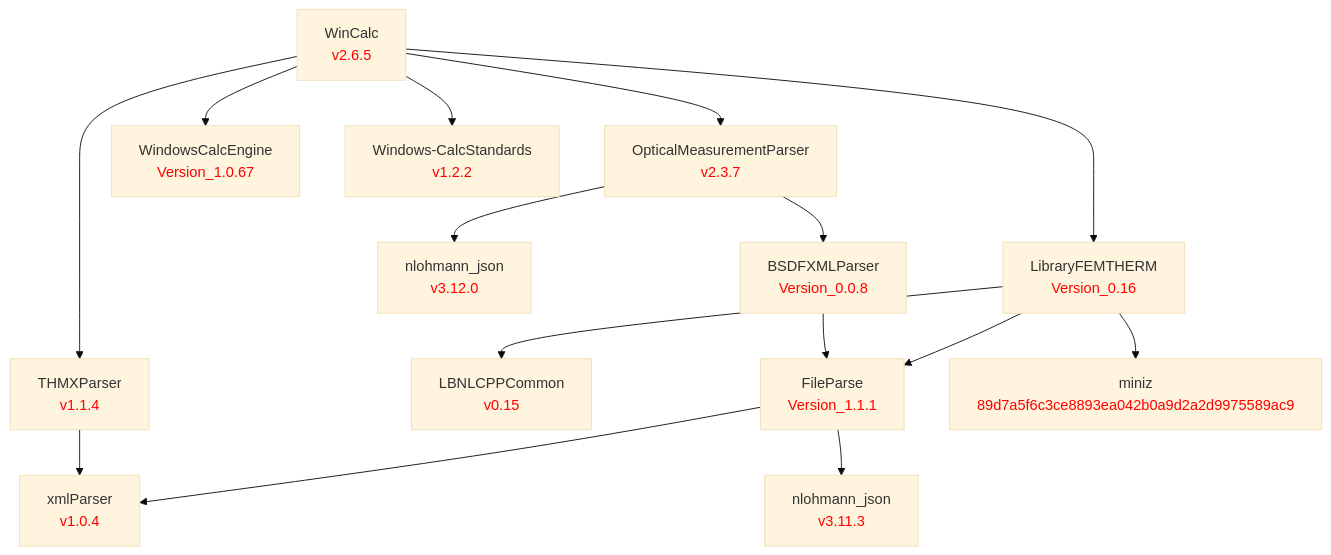
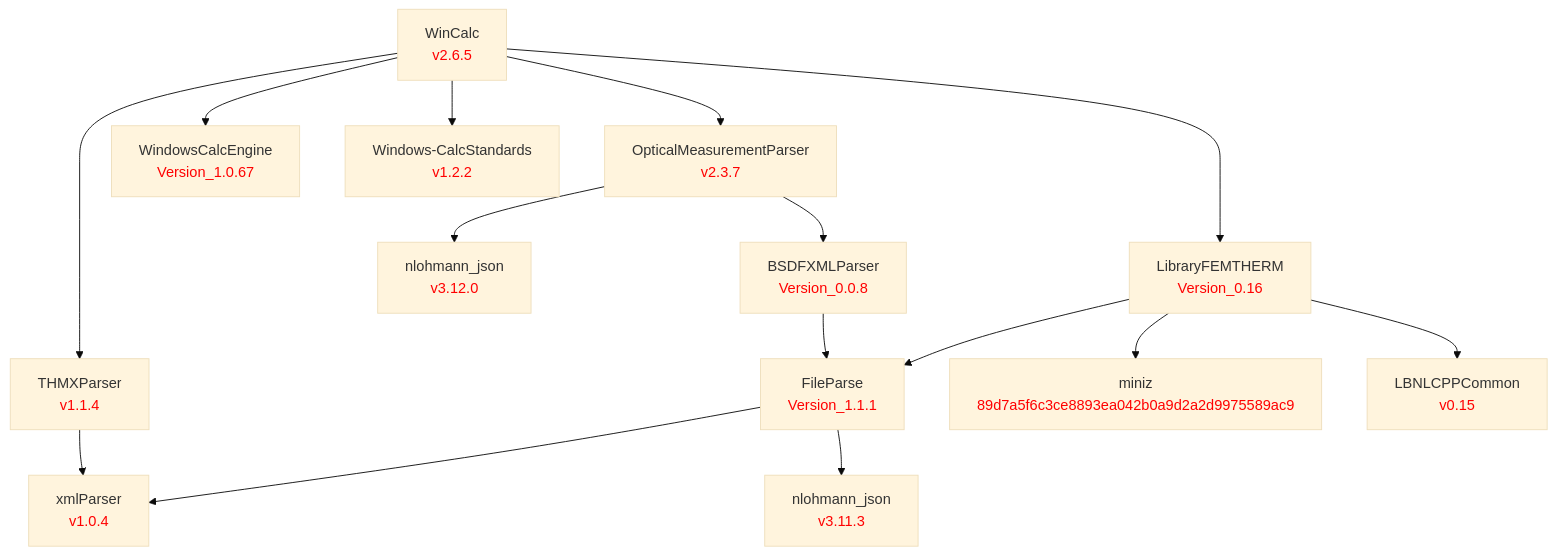
The diagram in doc/WinCalc.md (LBNL-ETA/WinCalc), drawn with Mermaid (base theme) before and after one commit. The commit also changed other lines of this file, not shown here.

Commit message:
Move LBNLCPPCommon to right side of dependency chart

````diff
--- a/doc/WinCalc.md
+++ b/doc/WinCalc.md
@@ -1,49 +1,49 @@
 ```mermaid
 graph TD
     %% Level 0
     WinCalc[WinCalc<br/><font color='red'>v2.6.5</font>]
 
     %% Level 1 - direct dependencies
     OpticalMeasurementParser[OpticalMeasurementParser<br/><font color='red'>v2.3.7</font>]
     THMXParser[THMXParser<br/><font color='red'>v1.1.4</font>]
     WindowsCalcEngine[WindowsCalcEngine<br/><font color='red'>Version_1.0.67</font>]
     Windows-CalcStandards[Windows-CalcStandards<br/><font color='red'>v1.2.2</font>]
     LibraryFEMTHERM[LibraryFEMTHERM<br/><font color='red'>Version_0.16</font>]
 
     %% Level 2
     nlohmann_omp[nlohmann_json<br/><font color='red'>v3.12.0</font>]
     BSDFXMLParser[BSDFXMLParser<br/><font color='red'>Version_0.0.8</font>]
-    LBNLCPPCommon[LBNLCPPCommon<br/><font color='red'>v0.15</font>]
     FileParse[FileParse<br/><font color='red'>Version_1.1.1</font>]
     miniz[miniz<br/><font color='red'>89d7a5f6c3ce8893ea042b0a9d2a2d9975589ac9</font>]
+    LBNLCPPCommon[LBNLCPPCommon<br/><font color='red'>v0.15</font>]
 
     %% Level 3
     xmlParser[xmlParser<br/><font color='red'>v1.0.4</font>]
     nlohmann_fp[nlohmann_json<br/><font color='red'>v3.11.3</font>]
 
     %% WinCalc dependencies
     WinCalc --> OpticalMeasurementParser
     WinCalc --> THMXParser
     WinCalc --> WindowsCalcEngine
     WinCalc --> Windows-CalcStandards
     WinCalc --> LibraryFEMTHERM
 
     %% OpticalMeasurementParser dependencies
     OpticalMeasurementParser --> nlohmann_omp
     OpticalMeasurementParser --> BSDFXMLParser
 
     %% LibraryFEMTHERM dependencies
-    LibraryFEMTHERM --> LBNLCPPCommon
     LibraryFEMTHERM --> FileParse
     LibraryFEMTHERM --> miniz
+    LibraryFEMTHERM --> LBNLCPPCommon
 
     %% BSDFXMLParser dependencies
     BSDFXMLParser --> FileParse
 
     %% FileParse dependencies
     FileParse --> xmlParser
     FileParse --> nlohmann_fp
 
     %% THMXParser dependencies
     THMXParser --> xmlParser
 ```
````
